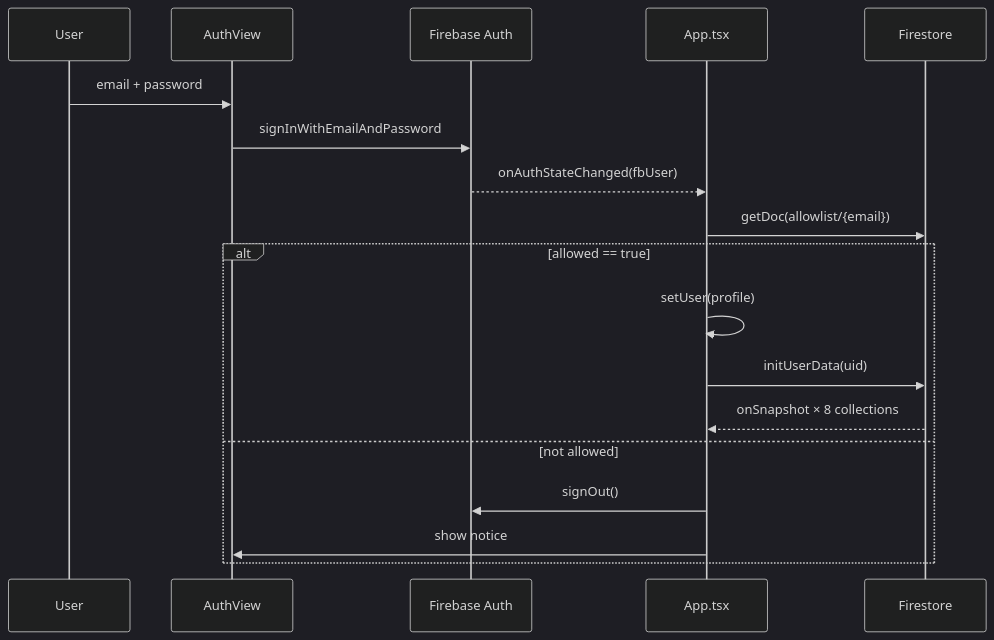
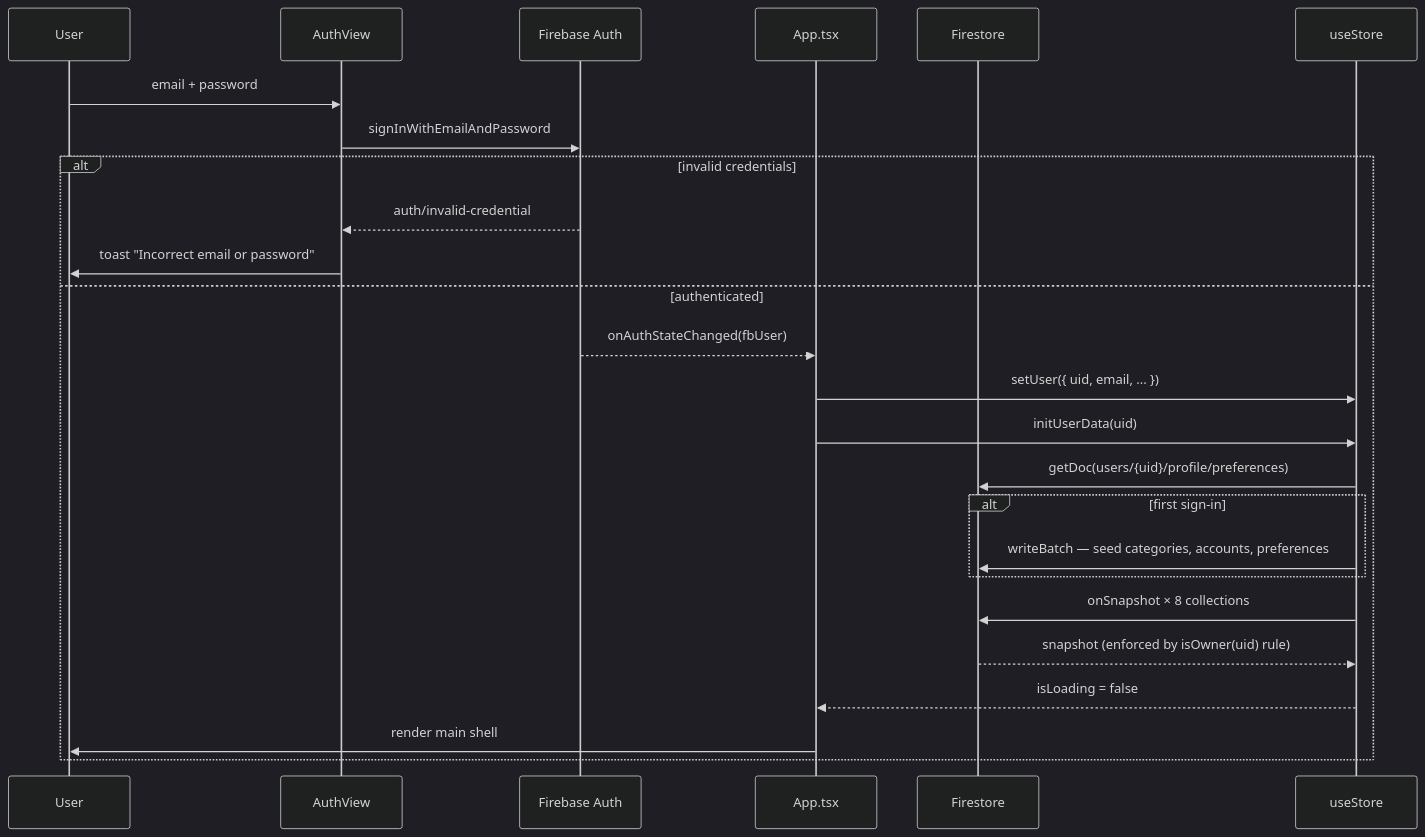
Before and after one commit to kalmux1/Kalcy: the third of 10 diagrams in README.md, drawn with Mermaid (dark theme). The commit also changed other lines of this file and 1 other file, not shown here.

````diff
--- a/README.md
+++ b/README.md
@@ -477,21 +543,28 @@
 ```mermaid
 sequenceDiagram
     participant U as User
     participant AV as AuthView
     participant FA as Firebase Auth
     participant App as App.tsx
     participant FS as Firestore
+    participant S as useStore
 
     U->>AV: email + password
     AV->>FA: signInWithEmailAndPassword
-    FA-->>App: onAuthStateChanged(fbUser)
-    App->>FS: getDoc(allowlist/{email})
-    alt allowed == true
-        App->>App: setUser(profile)
-        App->>FS: initUserData(uid)
-        FS-->>App: onSnapshot × 8 collections
-    else not allowed
-        App->>FA: signOut()
-        App->>AV: show notice
+    alt invalid credentials
+        FA-->>AV: auth/invalid-credential
+        AV->>U: toast "Incorrect email or password"
+    else authenticated
+        FA-->>App: onAuthStateChanged(fbUser)
+        App->>S: setUser({ uid, email, ... })
+        App->>S: initUserData(uid)
+        S->>FS: getDoc(users/{uid}/profile/preferences)
+        alt first sign-in
+            S->>FS: writeBatch — seed categories, accounts, preferences
+        end
+        S->>FS: onSnapshot × 8 collections
+        FS-->>S: snapshot (enforced by isOwner(uid) rule)
+        S-->>App: isLoading = false
+        App->>U: render main shell
     end
 ```
````
